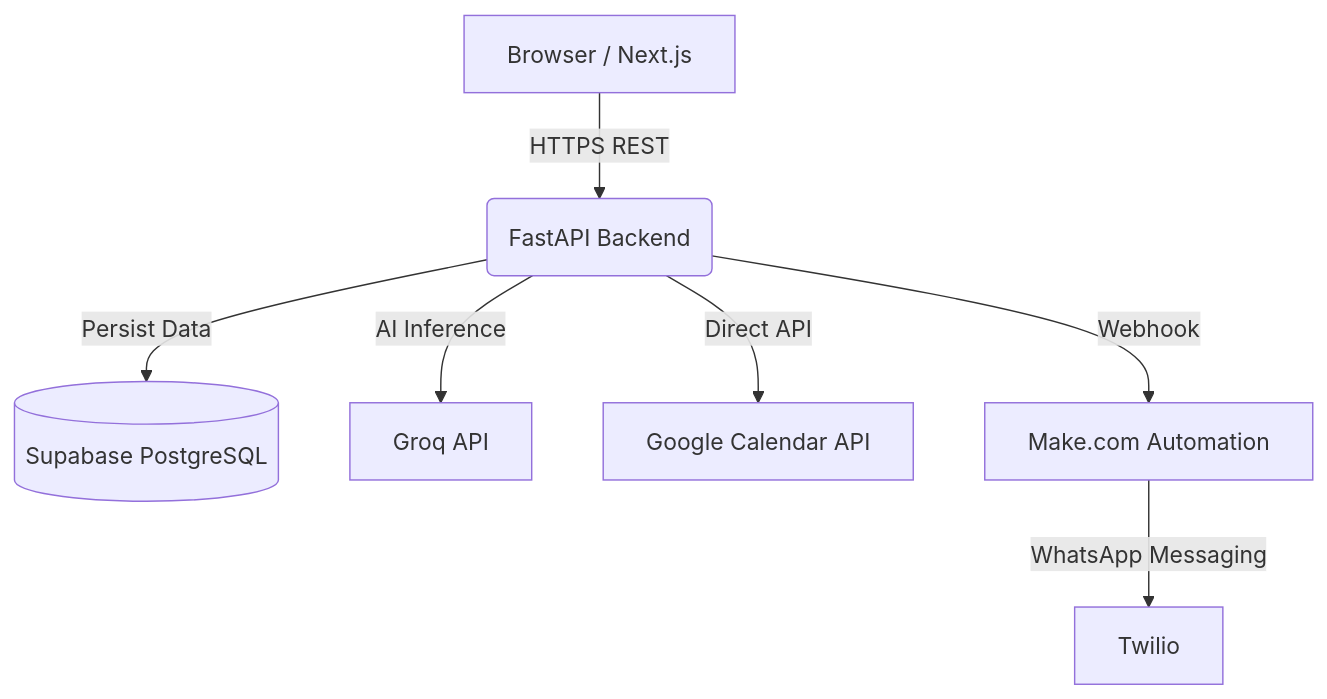
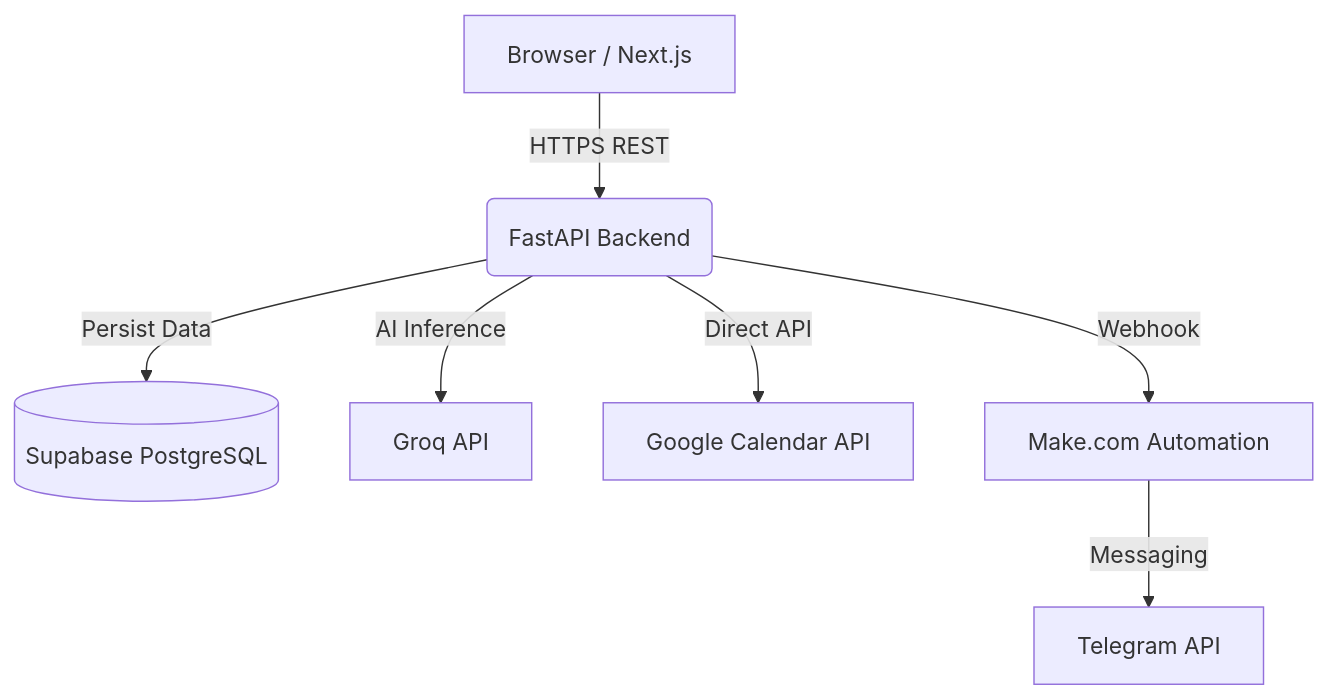
Before and after one commit to AdharshJolly/Academix: the diagram in README.md, drawn with Mermaid. The commit also changed other lines of this file and 9 other files, not shown here.

First line of the commit message:
Refactor CampusFlow to replace WhatsApp with Telegram for reminders and notifications

````diff
--- a/README.md
+++ b/README.md
@@ -33,9 +33,9 @@
 ```mermaid
 graph TD
     A[Browser / Next.js] -->|HTTPS REST| B(FastAPI Backend)
     B -->|Persist Data| C[(Supabase PostgreSQL)]
     B -->|AI Inference| D[Groq API]
     B -->|Direct API| E[Google Calendar API]
     B -->|Webhook| F[Make.com Automation]
-    F -->|WhatsApp Messaging| G[Twilio]
+    F -->|Messaging| G[Telegram API]
 ```
````
